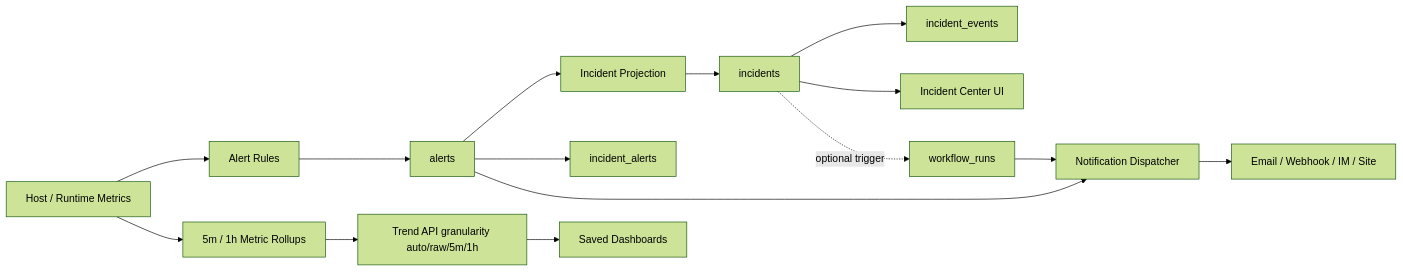
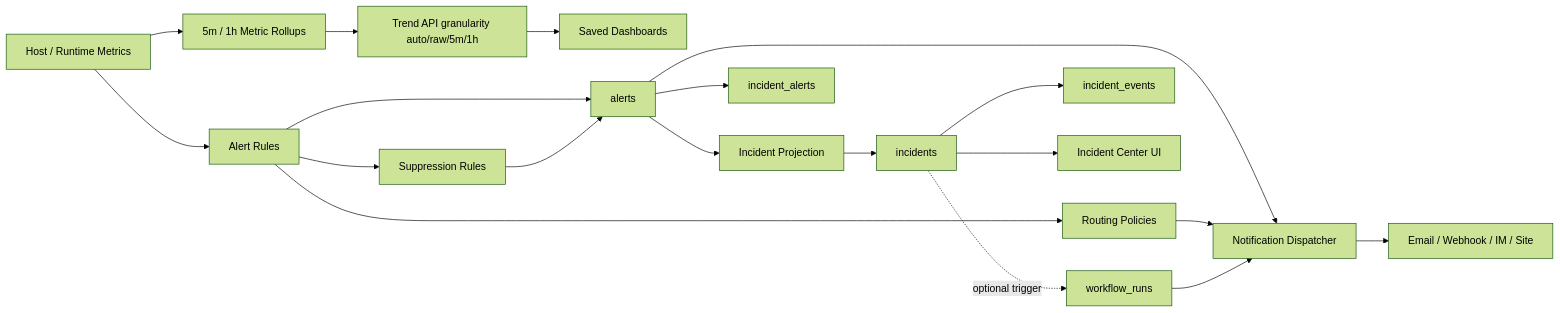
The third of 5 diagrams in docs/UML/core-uml-v1.0-update.en.md (Zhenmeng8023/OpsPilot), drawn with Mermaid (forest theme) before and after one commit. The commit also changed other lines of this file and 14 other files, not shown here.

````diff
--- a/docs/UML/core-uml-v1.0-update.en.md
+++ b/docs/UML/core-uml-v1.0-update.en.md
@@ -125,19 +125,23 @@
 ```mermaid
 flowchart LR
   Metrics["Host / Runtime Metrics"] --> Rules["Alert Rules"]
   Metrics --> Rollups["5m / 1h Metric Rollups"]
   Rollups --> TrendAPI["Trend API granularity auto/raw/5m/1h"]
   TrendAPI --> Dashboards["Saved Dashboards"]
+  Rules --> Suppression["Suppression Rules"]
+  Rules --> Routing["Routing Policies"]
   Rules --> Alerts["alerts"]
+  Suppression --> Alerts
   Alerts --> IncidentProject["Incident Projection"]
   IncidentProject --> Incidents["incidents"]
   Alerts --> IncidentLinks["incident_alerts"]
   Incidents --> IncidentEvents["incident_events"]
 
   Incidents --> Console["Incident Center UI"]
   Alerts --> Notifications["Notification Dispatcher"]
+  Routing --> Notifications
   Notifications --> Channels["Email / Webhook / IM / Site"]
 
   Incidents -.optional trigger.-> Workflows["workflow_runs"]
   Workflows --> Notifications
 ```
````
